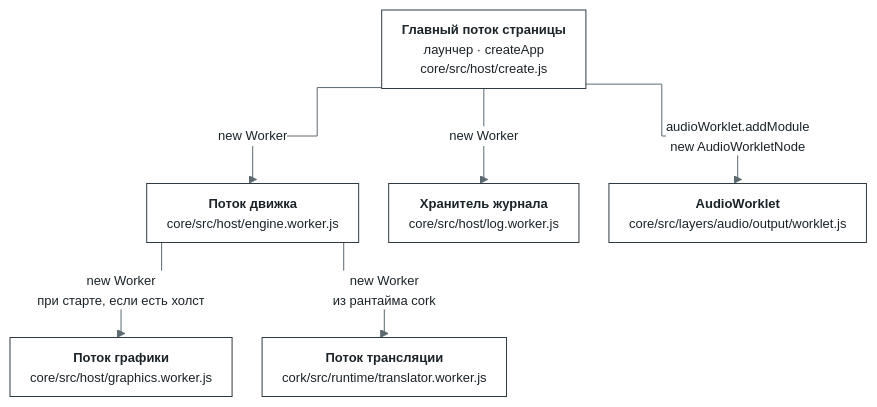
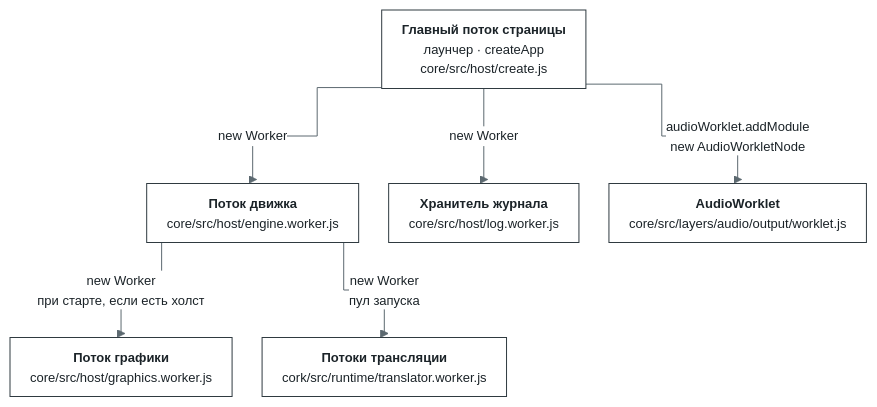
One commit to bottlify/bottlify changed the first of 12 diagrams in docs/architecture.ru.md. Above: the diagram before and after it, drawn with Mermaid. The commit also changed other lines of this file and 13 other files, not shown here.

````diff
--- a/docs/architecture.ru.md
+++ b/docs/architecture.ru.md
@@ -131,15 +133,15 @@
 ```mermaid
 %%{init: {"theme": "base", "flowchart": {"curve": "step", "nodeSpacing": 30, "rankSpacing": 56, "padding": 10}, "themeVariables": {"fontFamily": "Inter, Segoe UI, Helvetica, Arial, sans-serif", "fontSize": "13px", "primaryColor": "#FFFFFF", "primaryBorderColor": "#2F3A40", "primaryTextColor": "#1B2328", "lineColor": "#5C6970", "clusterBkg": "#F3F5F6", "clusterBorder": "#9AA6AC", "edgeLabelBackground": "#FFFFFF"}}}%%
 flowchart TB
   P["<b>Главный поток страницы</b><br/>лаунчер · createApp<br/>core/src/host/create.js"]
   E["<b>Поток движка</b><br/>core/src/host/engine.worker.js"]
   K["<b>Хранитель журнала</b><br/>core/src/host/log.worker.js"]
   A["<b>AudioWorklet</b><br/>core/src/layers/audio/output/worklet.js"]
   G["<b>Поток графики</b><br/>core/src/host/graphics.worker.js"]
-  T["<b>Поток трансляции</b><br/>cork/src/runtime/translator.worker.js"]
+  T["<b>Потоки трансляции</b><br/>cork/src/runtime/translator.worker.js"]
   P -->|"new Worker"| E
   P -->|"new Worker"| K
   P -->|"audioWorklet.addModule<br/>new AudioWorkletNode"| A
   E -->|"new Worker<br/>при старте, если есть холст"| G
-  E -->|"new Worker<br/>из рантайма cork"| T
+  E -->|"new Worker<br/>пул запуска"| T
 ```
````
